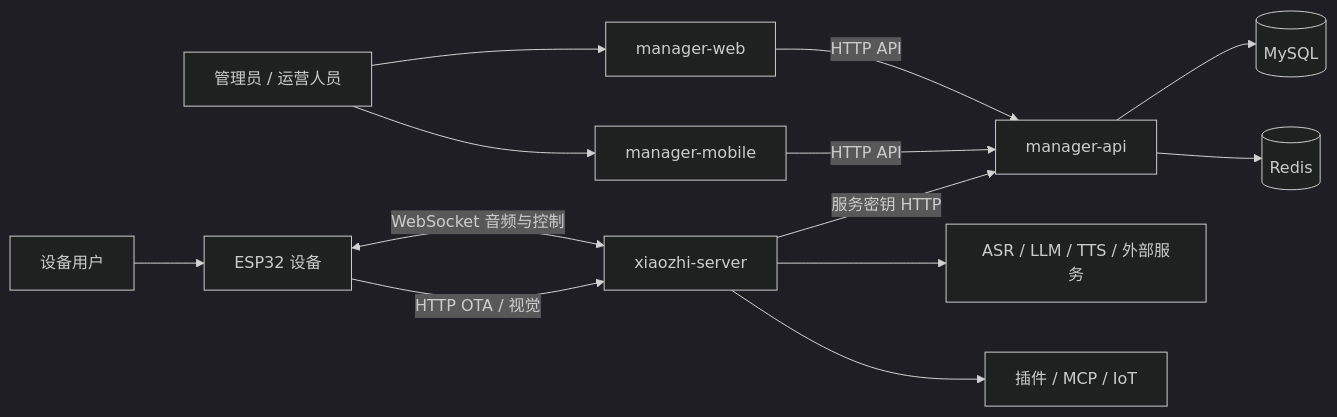
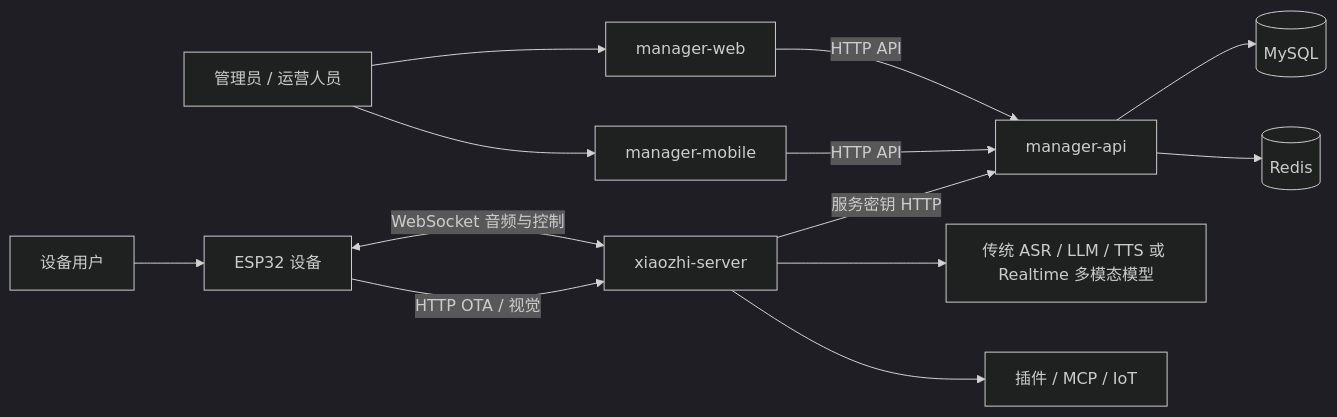
Before and after one commit to ruirui688/xiaozhiserver: the first of 3 diagrams in docs/architecture/project-architecture.md, drawn with Mermaid (dark theme). The commit also changed other lines of this file and 58 other files, not shown here.

````diff
--- a/docs/architecture/project-architecture.md
+++ b/docs/architecture/project-architecture.md
@@ -24,15 +26,15 @@
 ```mermaid
 flowchart LR
     User[设备用户] --> Device[ESP32 设备]
     Operator[管理员 / 运营人员] --> Web[manager-web]
     Operator --> Mobile[manager-mobile]
     Device <-->|WebSocket 音频与控制| Realtime[xiaozhi-server]
     Device -->|HTTP OTA / 视觉| Realtime
     Web -->|HTTP API| Control[manager-api]
     Mobile -->|HTTP API| Control
     Realtime -->|服务密钥 HTTP| Control
     Control --> MySQL[(MySQL)]
     Control --> Redis[(Redis)]
-    Realtime --> Providers[ASR / LLM / TTS / 外部服务]
+    Realtime --> Providers[传统 ASR / LLM / TTS 或 Realtime 多模态模型]
     Realtime --> Tools[插件 / MCP / IoT]
 ```
````
